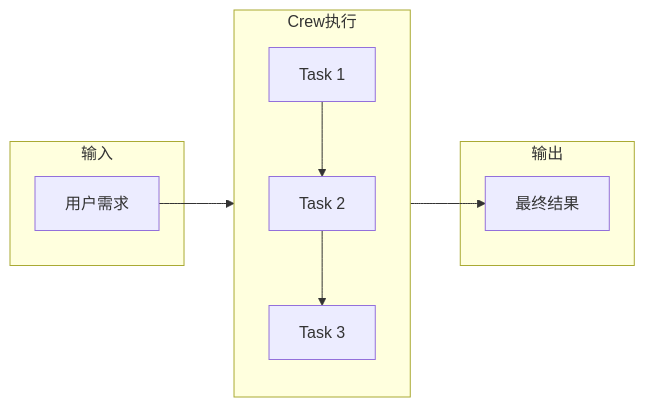
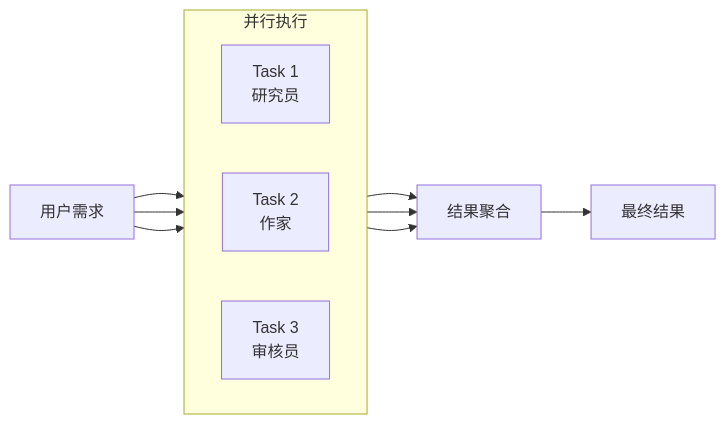
One commit to xuqi2024/xuqi2024.github.io changed the fifth of 6 diagrams in _posts/2026-05-24-crewai-multi-agent-deep-dive.md. Above: the diagram before and after it, drawn with Mermaid. The commit also changed other lines of this file, not shown here.

````diff
--- a/_posts/2026-05-24-crewai-multi-agent-deep-dive.md
+++ b/_posts/2026-05-24-crewai-multi-agent-deep-dive.md
@@ -55,16 +145,17 @@
 ```mermaid
 graph LR
-    subgraph 输入
-        I1[用户需求]
+    subgraph 并行执行
+        direction LR
+        T1[Task 1<br/>研究员]
+        T2[Task 2<br/>作家]
+        T3[Task 3<br/>审核员]
     end
-    subgraph Crew执行
-        direction TB
-        T1[Task 1] --> T2[Task 2]
-        T2 --> T3[Task 3]
-    end
-    subgraph 输出
-        O1[最终结果]
-    end
-    I1 --> T1
-    T3 --> O1
+    
+    User[用户需求] --> T1
+    User --> T2
+    User --> T3
+    T1 --> Aggregator[结果聚合]
+    T2 --> Aggregator
+    T3 --> Aggregator
+    Aggregator --> Result[最终结果]
 ```
````
